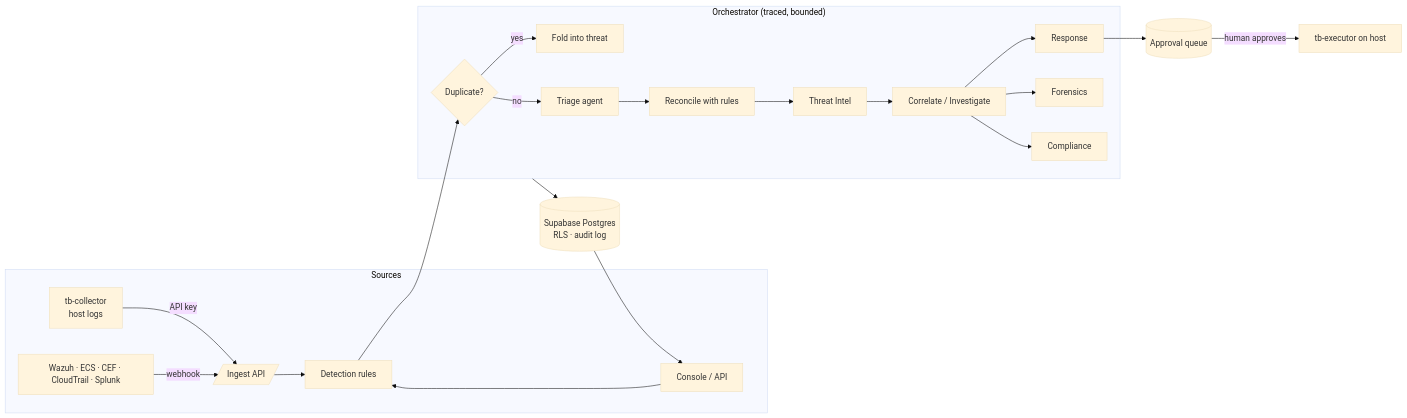
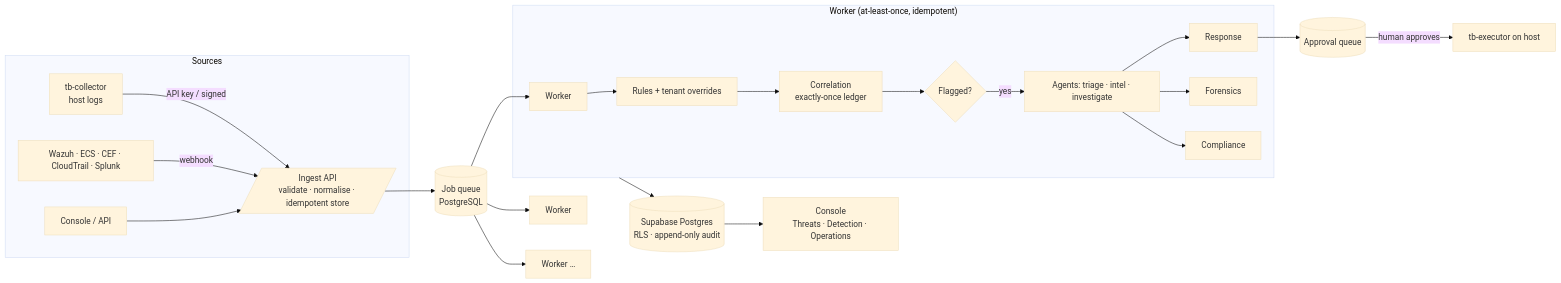
Before and after one commit to Vansh150705/ThreatBrain: the diagram in README.md, drawn with Mermaid (base theme). The commit also changed other lines of this file and 22 other files, not shown here.

````diff
--- a/README.md
+++ b/README.md
@@ -27,19 +30,20 @@
 ```mermaid
 flowchart LR
   subgraph Sources
-    COL[tb-collector<br/>host logs] -->|API key| ING
+    COL[tb-collector<br/>host logs] -->|API key / signed| ING
     SIEM[Wazuh · ECS · CEF · CloudTrail · Splunk] -->|webhook| ING
-    UI[Console / API] --> ORCH
+    UI[Console / API] --> ING
   end
-  ING[/Ingest API/] --> ORCH
-  subgraph Pipeline["Orchestrator (traced, bounded)"]
-    ORCH[Detection rules] --> DUP{Duplicate?}
-    DUP -- yes --> FOLD[Fold into threat]
-    DUP -- no --> TRI[Triage agent] --> REC[Reconcile with rules] --> TI[Threat Intel] --> COR[Correlate / Investigate]
-    COR --> RESP[Response] & FOR[Forensics] & COMP[Compliance]
+  ING[/Ingest API<br/>validate · normalise · idempotent store/] --> Q[(Job queue<br/>PostgreSQL)]
+  Q --> W1[Worker] & W2[Worker] & WN[Worker …]
+  subgraph WorkerPipeline["Worker (at-least-once, idempotent)"]
+    W1 --> DET[Rules + tenant overrides] --> COR[Correlation<br/>exactly-once ledger]
+    COR --> TRI{Flagged?}
+    TRI -- yes --> AG[Agents: triage · intel · investigate]
+    AG --> RESP[Response] & FOR[Forensics] & COMP[Compliance]
   end
-  RESP --> Q[(Approval queue)]
-  Q -->|human approves| EXE[tb-executor on host]
-  Pipeline --> DB[(Supabase Postgres<br/>RLS · audit log)]
-  DB --> UI
+  RESP --> AP[(Approval queue)]
+  AP -->|human approves| EXE[tb-executor on host]
+  WorkerPipeline --> DB[(Supabase Postgres<br/>RLS · append-only audit)]
+  DB --> CON[Console<br/>Threats · Detection · Operations]
 ```
````
